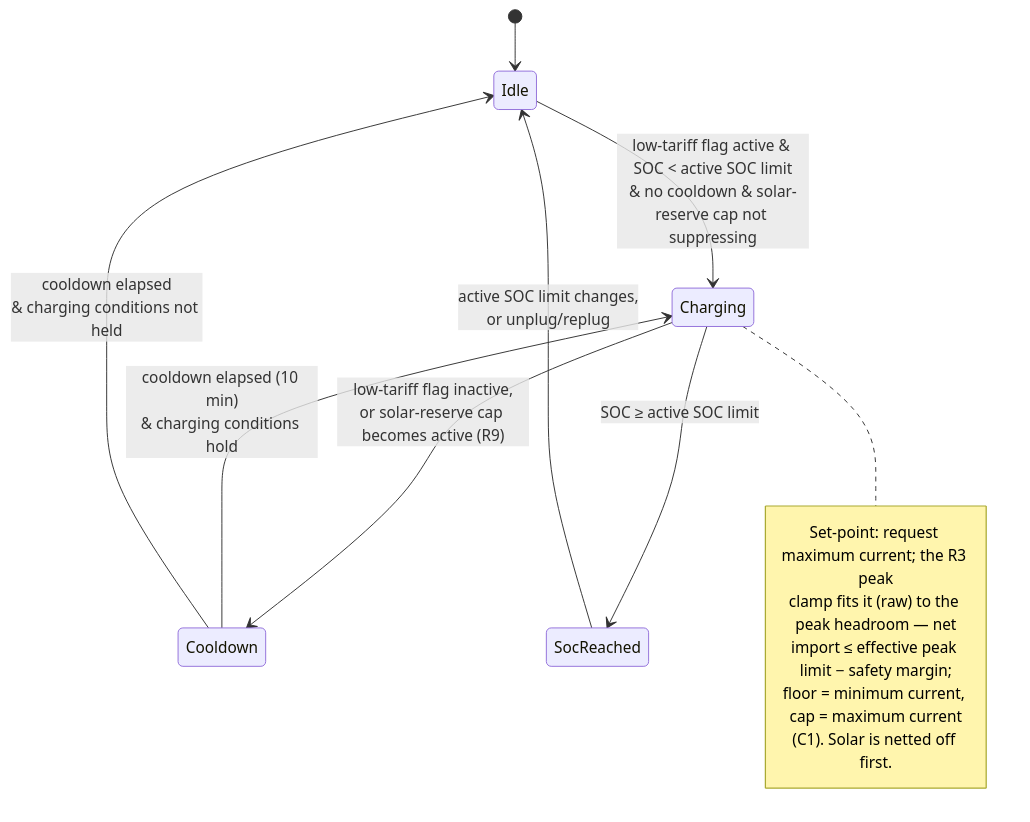
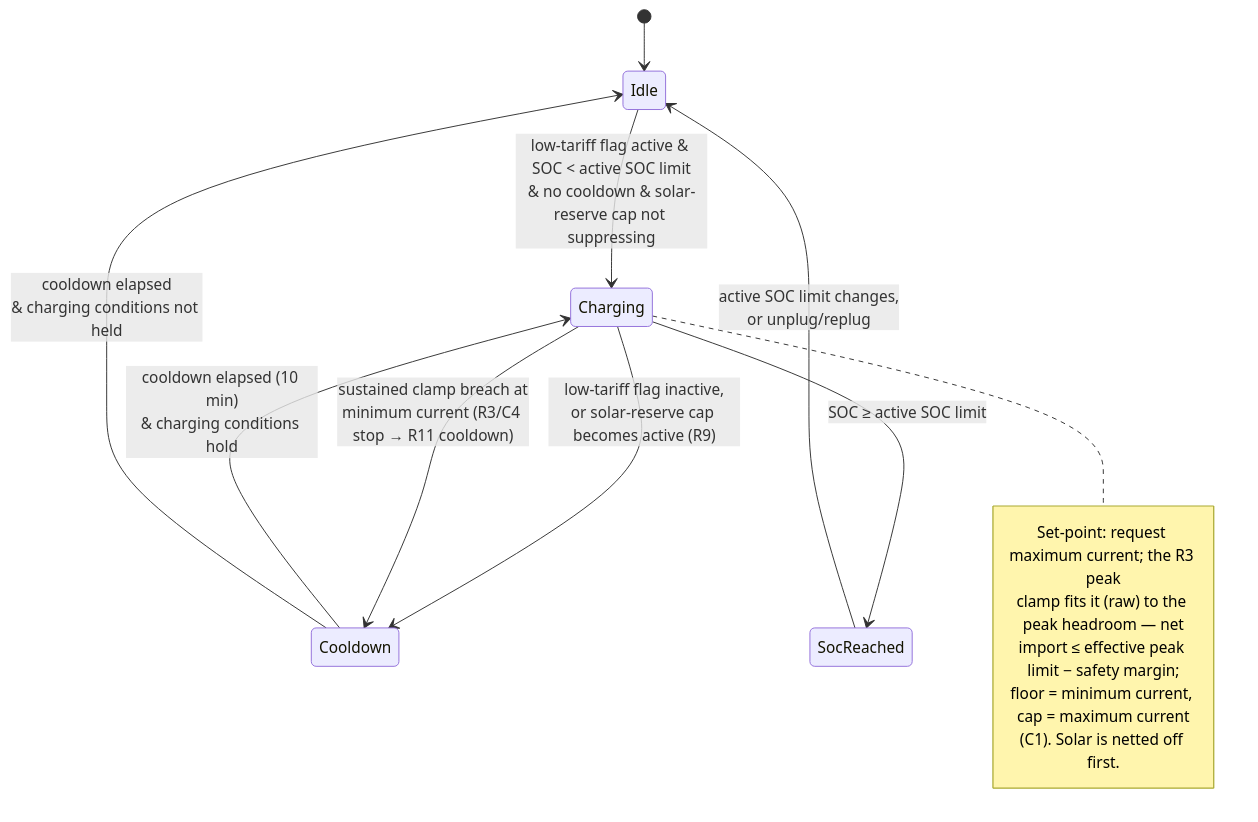
Before and after one commit to kristofdegrave/homeassistant-smart-charging: the diagram in docs/analysis/use-cases/UC03-charge-cost-efficiently-from-grid.md, drawn with Mermaid. The commit also changed other lines of this file, not shown here.

````diff
--- a/docs/analysis/use-cases/UC03-charge-cost-efficiently-from-grid.md
+++ b/docs/analysis/use-cases/UC03-charge-cost-efficiently-from-grid.md
@@ -97,17 +97,18 @@
 ```mermaid
 stateDiagram-v2
     [*] --> Idle
     Idle --> Charging: low-tariff flag active & SOC < active SOC limit<br/>& no cooldown & solar-reserve cap not suppressing
     Charging --> Cooldown: low-tariff flag inactive,<br/>or solar-reserve cap becomes active (R9)
+    Charging --> Cooldown: sustained clamp breach at<br/>minimum current (R3/C4 stop → R11 cooldown)
     Charging --> SocReached: SOC ≥ active SOC limit
     Cooldown --> Charging: cooldown elapsed (10 min)<br/>& charging conditions hold
     Cooldown --> Idle: cooldown elapsed<br/>& charging conditions not held
     SocReached --> Idle: active SOC limit changes,<br/>or unplug/replug
     note right of Charging
         Set-point: request maximum current; the R3 peak
         clamp fits it (raw) to the peak headroom — net
         import ≤ effective peak limit − safety margin;
         floor = minimum current, cap = maximum current
         (C1). Solar is netted off first.
     end note
 ```
````
